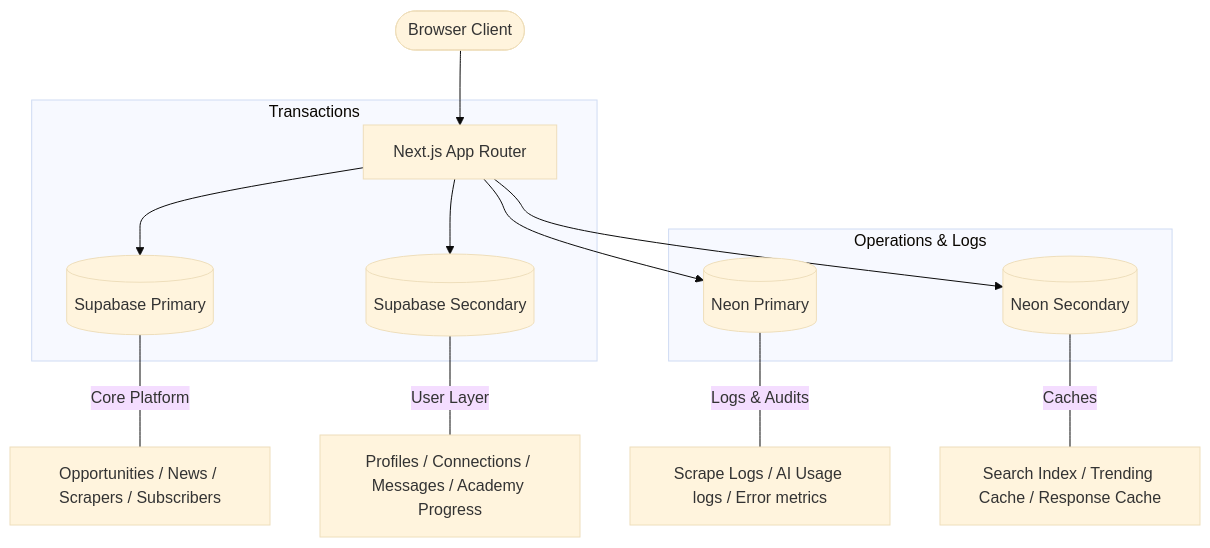
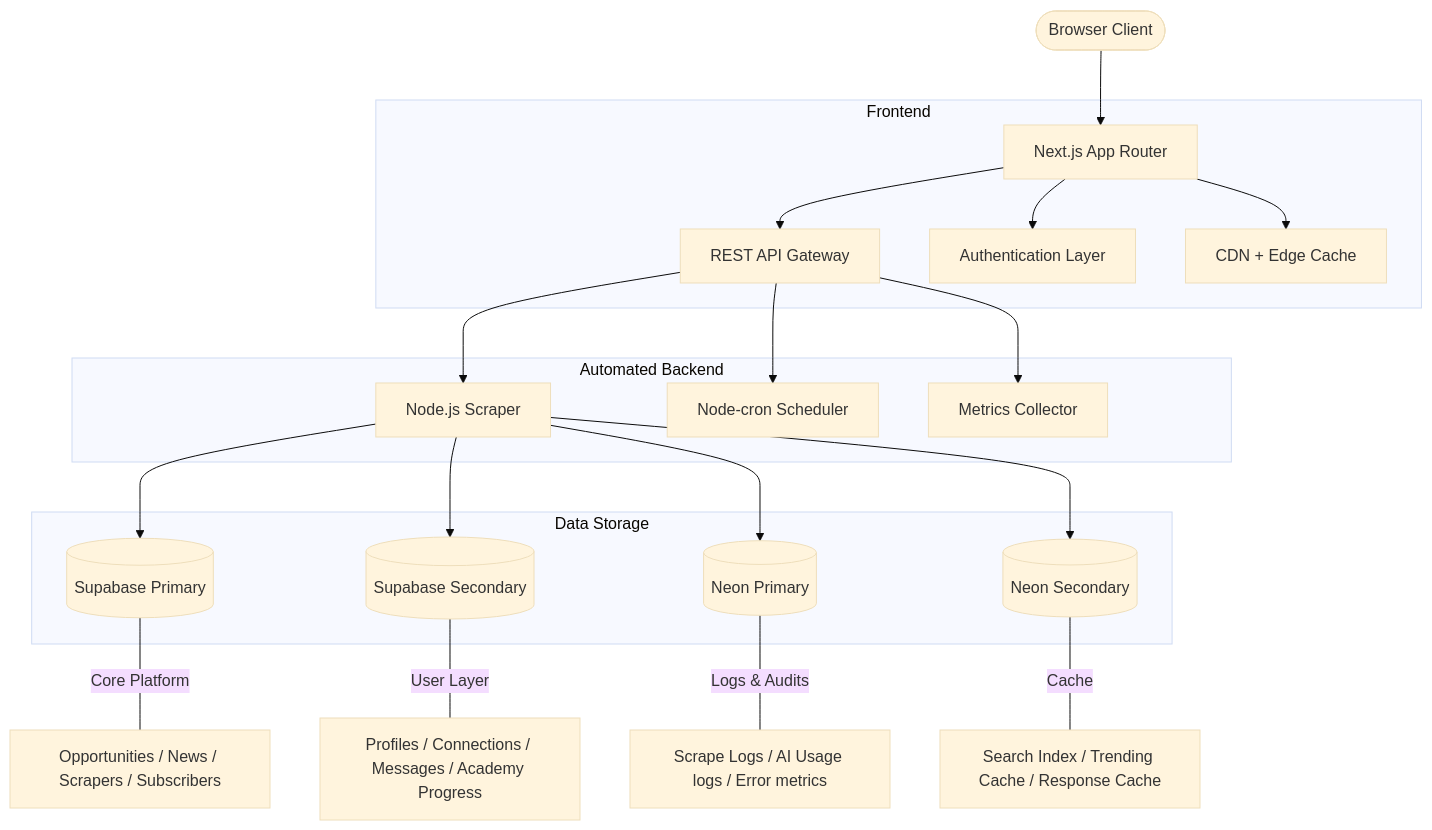
The diagram in README.md (amitkr26/SiliconPath), drawn with Mermaid (base theme) before and after one commit. The commit also changed other lines of this file, not shown here.

Commit message:
feat: update README.md to reflect two-tier architecture and complete automation features

````diff
--- a/README.md
+++ b/README.md
@@ -65,19 +69,28 @@
 ```mermaid
 graph TD
     User([Browser Client]) --> App[Next.js App Router]
     
-    subgraph Transactions
-        App --> DB1[(Supabase Primary)]
-        App --> DB2[(Supabase Secondary)]
+    subgraph Frontend
+        App --> API[REST API Gateway]
+        App --> Auth[Authentication Layer]
+        App --> Cache[CDN + Edge Cache]
     end
     
-    subgraph Operations & Logs
-        App --> DB3[(Neon Primary)]
-        App --> DB4[(Neon Secondary)]
+    subgraph Automated Backend
+        API --> Scraper[Node.js Scraper]
+        API --> Scheduler[Node-cron Scheduler]
+        API --> Metrics[Metrics Collector]
+    end
+    
+    subgraph Data Storage
+        Scraper --> DB1[(Supabase Primary)]
+        Scraper --> DB2[(Supabase Secondary)]
+        Scraper --> DB3[(Neon Primary)]
+        Scraper --> DB4[(Neon Secondary)]
     end
     
     DB1 --- |Core Platform| T1[Opportunities / News / Scrapers / Subscribers]
     DB2 --- |User Layer| T2[Profiles / Connections / Messages / Academy Progress]
     DB3 --- |Logs & Audits| T3[Scrape Logs / AI Usage logs / Error metrics]
-    DB4 --- |Caches| T4[Search Index / Trending Cache / Response Cache]
+    DB4 --- |Cache| T4[Search Index / Trending Cache / Response Cache]
 ```
````
